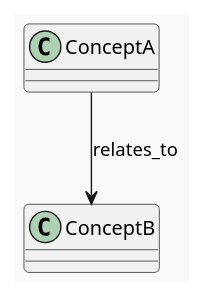
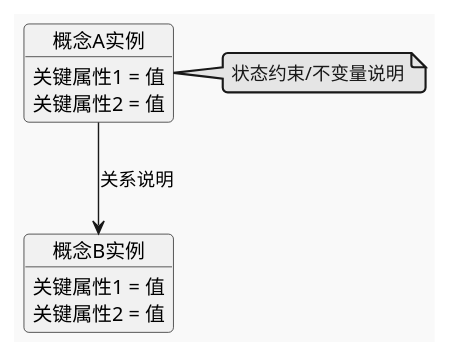
One commit to jackykarma/Verity changed the first of 12 diagrams in .specify/templates/plan-template.md. Above: the diagram before and after it, drawn with PlantUML. The commit also changed other lines of this file and 5 other files, not shown here.

````diff
--- a/.specify/templates/plan-template.md
+++ b/.specify/templates/plan-template.md
@@ -44,11 +46,23 @@
 ```plantuml
 @startuml
 !theme mars
 
-' 用“概念”而非“实现类”画关系；必要时用注释表达状态机/约束
-class ConceptA
-class ConceptB
-ConceptA --> ConceptB : relates_to
+' 用“对象图”表达概念实例之间的关系，不是类关系
+object "概念A实例" as ConceptA {
+  关键属性1 = 值
+  关键属性2 = 值
+}
+
+object "概念B实例" as ConceptB {
+  关键属性1 = 值
+  关键属性2 = 值
+}
+
+ConceptA --> ConceptB : 关系说明
+
+note right of ConceptA
+  状态约束/不变量说明
+end note
 
 @enduml
 ```
````
